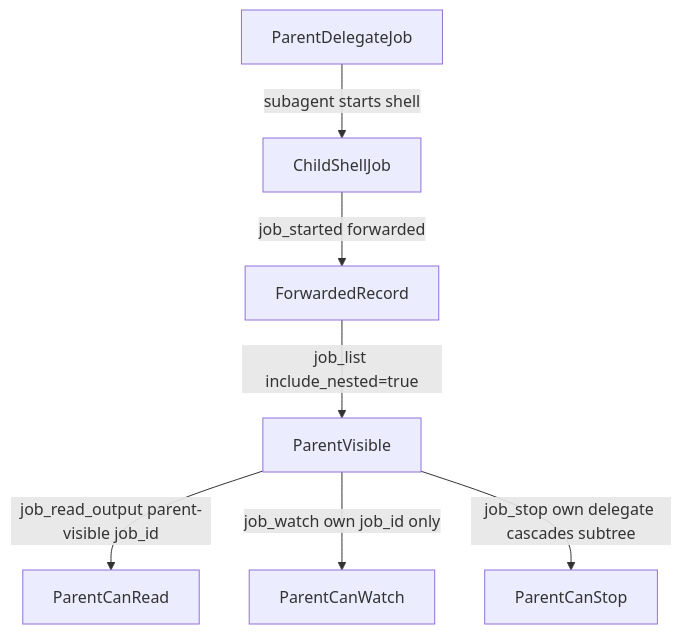
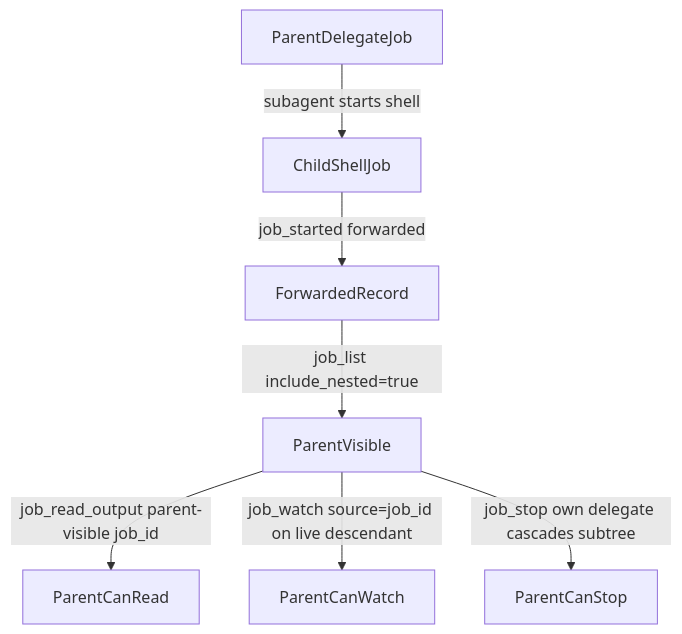
The seventh of 7 diagrams in docs/job-control.md (prime-radiant-inc/evener), drawn with Mermaid before and after one commit. The commit also changed other lines of this file and 16 other files, not shown here.

````diff
--- a/docs/job-control.md
+++ b/docs/job-control.md
@@ -1194,9 +1154,9 @@
 ```mermaid
 flowchart TD
     ParentDelegateJob -->|subagent starts shell| ChildShellJob
     ChildShellJob -->|job_started forwarded| ForwardedRecord
     ForwardedRecord -->|job_list include_nested=true| ParentVisible
     ParentVisible -->|job_read_output parent-visible job_id| ParentCanRead
-    ParentVisible -->|job_watch own job_id only| ParentCanWatch
+    ParentVisible -->|job_watch source=job_id on live descendant| ParentCanWatch
     ParentVisible -->|job_stop own delegate cascades subtree| ParentCanStop
 ```
````
